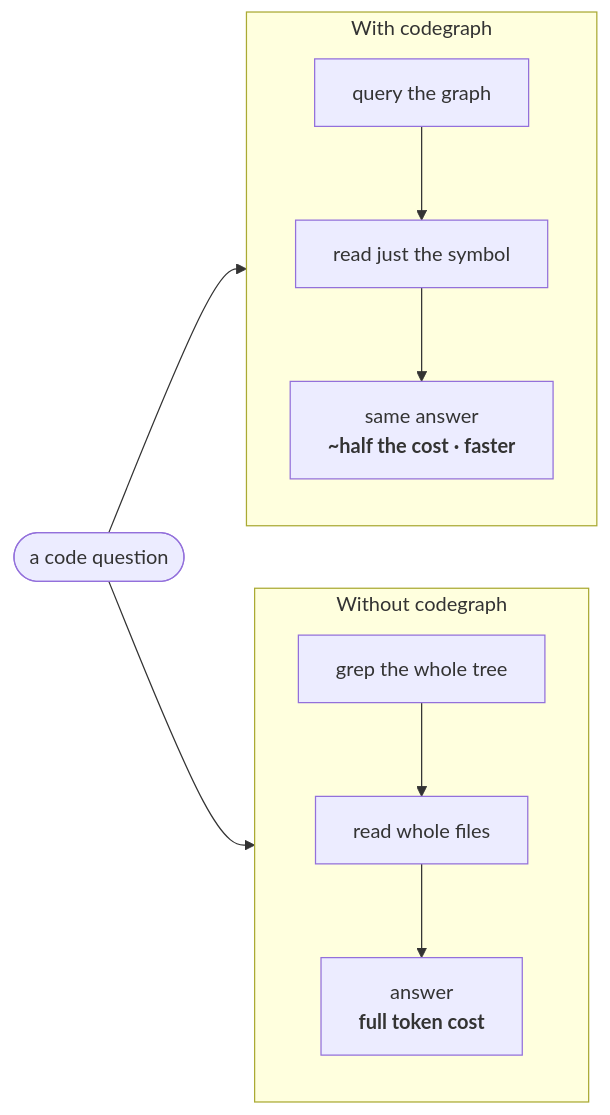
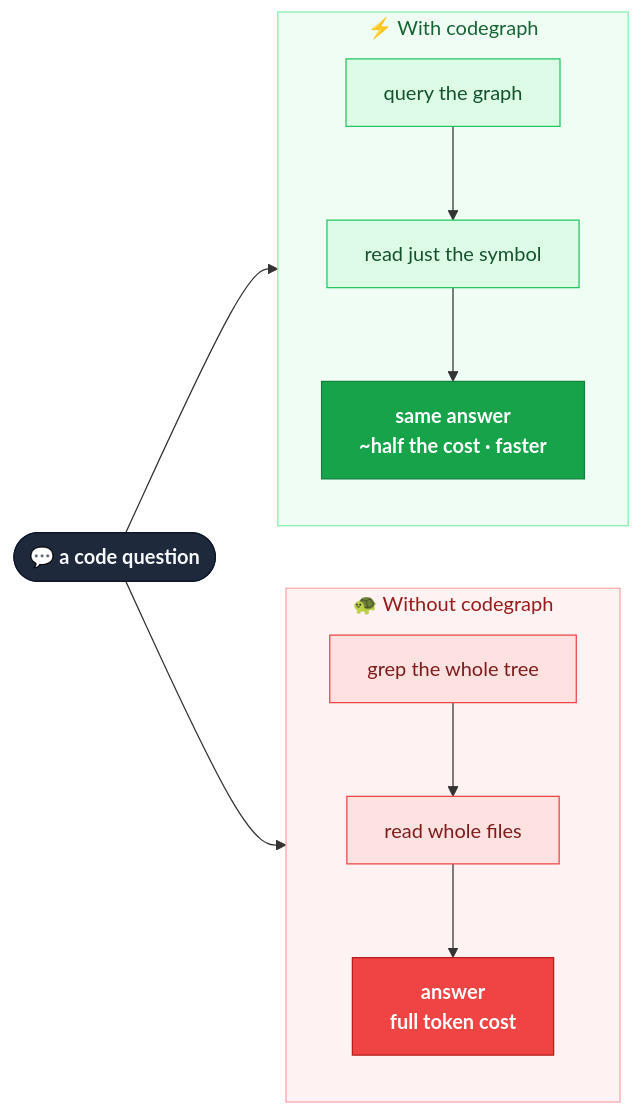
Before and after one commit to kaleLetendre/wiregraph: the first of 2 diagrams in README.md, drawn with Mermaid. The commit also changed other lines of this file, not shown here.

Commit message:
docs(readme): color + icons on diagrams — red expensive path vs green cheap path, palette for pipeline

````diff
--- a/README.md
+++ b/README.md
@@ -10,13 +10,20 @@
 ```mermaid
 flowchart LR
-  Q(["a code question"]) --> a1
+  Q(["💬 a code question"]):::q --> a1
   Q --> b1
-  subgraph WO["Without codegraph"]
+  subgraph WO["🐢 Without codegraph"]
     direction TB
-    a1["grep the whole tree"] --> a2["read whole files"] --> a3["answer<br/><b>full token cost</b>"]
+    a1["grep the whole tree"]:::bad --> a2["read whole files"]:::bad --> a3["answer<br/><b>full token cost</b>"]:::badout
   end
-  subgraph WI["With codegraph"]
+  subgraph WI["⚡ With codegraph"]
     direction TB
-    b1["query the graph"] --> b2["read just the symbol"] --> b3["same answer<br/><b>~half the cost · faster</b>"]
+    b1["query the graph"]:::good --> b2["read just the symbol"]:::good --> b3["same answer<br/><b>~half the cost · faster</b>"]:::goodout
   end
+  classDef q fill:#1e293b,stroke:#0f172a,color:#f8fafc,font-weight:bold
+  classDef bad fill:#fee2e2,stroke:#ef4444,color:#7f1d1d
+  classDef badout fill:#ef4444,stroke:#b91c1c,color:#ffffff,font-weight:bold
+  classDef good fill:#dcfce7,stroke:#22c55e,color:#14532d
+  classDef goodout fill:#16a34a,stroke:#15803d,color:#ffffff,font-weight:bold
+  style WO fill:#fef2f2,stroke:#fca5a5,color:#991b1b
+  style WI fill:#f0fdf4,stroke:#86efac,color:#166534
 ```
````
